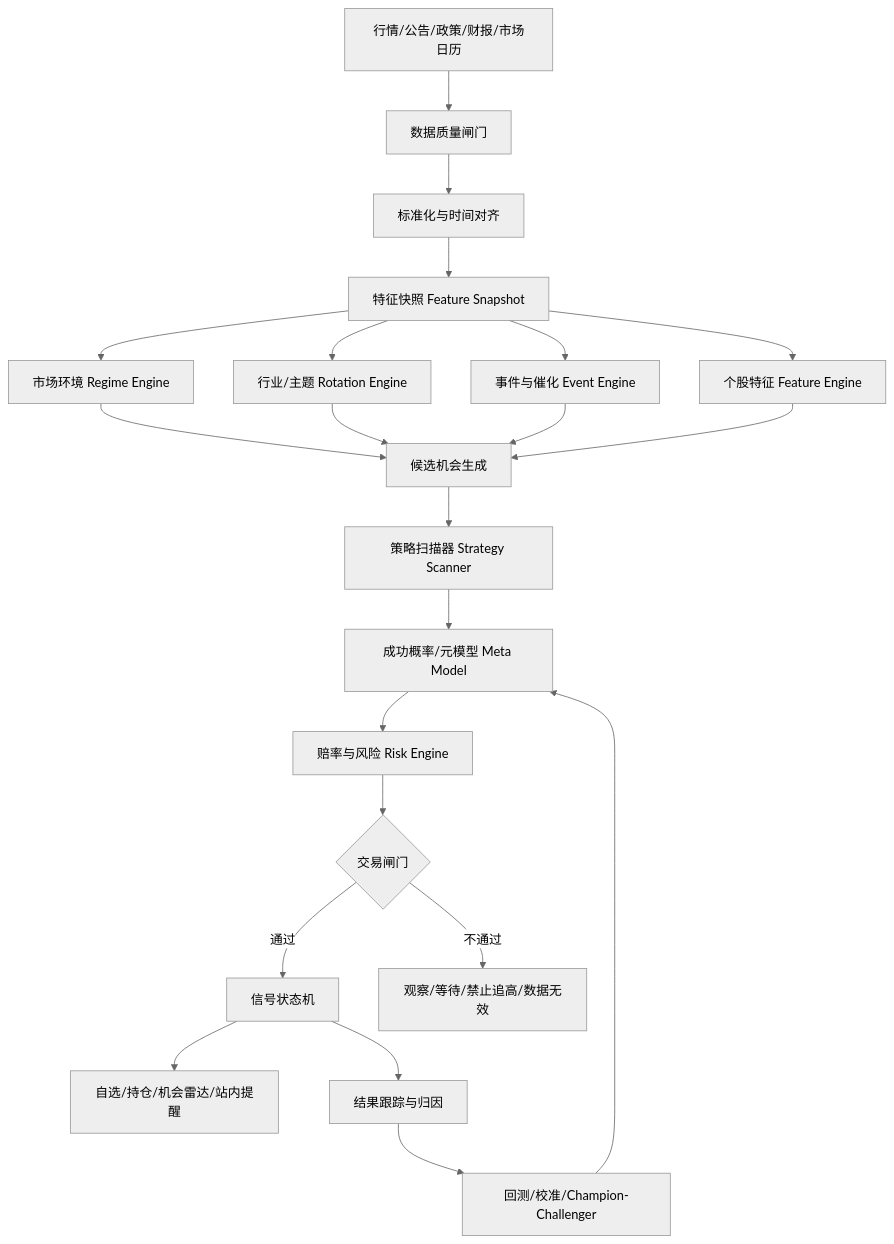
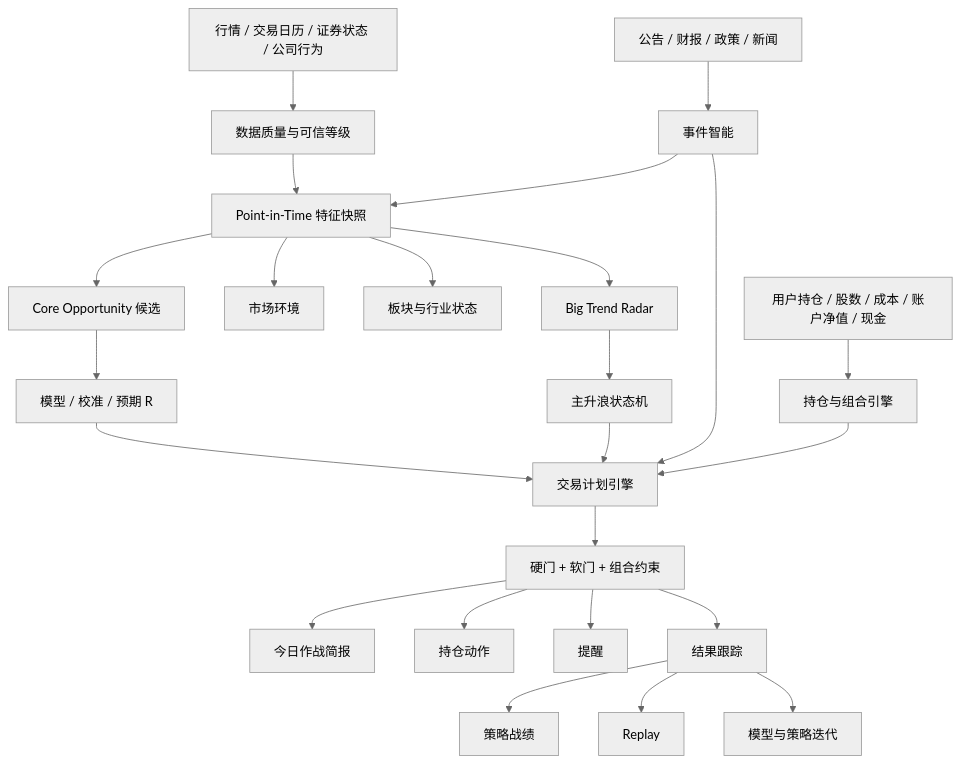
One commit to ericheee111/stock-tracker changed the diagram in docs/PRD-股票辅助判断与交易参考网站.md. Above: the diagram before and after it, drawn with Mermaid (neutral theme). The commit also changed other lines of this file and 43 other files, not shown here.

````diff
--- a/docs/PRD-股票辅助判断与交易参考网站.md
+++ b/docs/PRD-股票辅助判断与交易参考网站.md
@@ -143,29 +190,31 @@
 ```mermaid
 flowchart TD
-    A[行情/公告/政策/财报/市场日历] --> B[数据质量闸门]
-    B --> C[标准化与时间对齐]
-    C --> D[特征快照 Feature Snapshot]
+    A[行情 / 交易日历 / 证券状态 / 公司行为] --> DQ[数据质量与可信等级]
+    B[公告 / 财报 / 政策 / 新闻] --> EVT[事件智能]
+    C[用户持仓 / 股数 / 成本 / 账户净值 / 现金] --> PORT[持仓与组合引擎]
 
-    D --> M[市场环境 Regime Engine]
-    D --> S[行业/主题 Rotation Engine]
-    D --> E[事件与催化 Event Engine]
-    D --> F[个股特征 Feature Engine]
+    DQ --> F[Point-in-Time 特征快照]
+    EVT --> F
 
-    M --> O[候选机会生成]
-    S --> O
-    E --> O
-    F --> O
+    F --> MKT[市场环境]
+    F --> SEC[板块与行业状态]
+    F --> CORE[Core Opportunity 候选]
+    F --> BIG[Big Trend Radar]
 
-    O --> Q[策略扫描器 Strategy Scanner]
-    Q --> P[成功概率/元模型 Meta Model]
-    P --> R[赔率与风险 Risk Engine]
-    R --> G{交易闸门}
+    CORE --> MODEL[模型 / 校准 / 预期 R]
+    BIG --> TREND[主升浪状态机]
+    MODEL --> PLAN[交易计划引擎]
+    TREND --> PLAN
+    EVT --> PLAN
+    PORT --> PLAN
 
-    G -->|通过| X[信号状态机]
-    G -->|不通过| Y[观察/等待/禁止追高/数据无效]
+    PLAN --> GATE[硬门 + 软门 + 组合约束]
+    GATE --> BRIEF[今日作战简报]
+    GATE --> HOLD[持仓动作]
+    GATE --> ALERT[提醒]
+    GATE --> OUTCOME[结果跟踪]
 
-    X --> U[自选/持仓/机会雷达/站内提醒]
-    X --> Z[结果跟踪与归因]
-    Z --> V[回测/校准/Champion-Challenger]
-    V --> P
+    OUTCOME --> SCOREBOARD[策略战绩]
+    OUTCOME --> REPLAY[Replay]
+    OUTCOME --> RESEARCH[模型与策略迭代]
 ```
````
